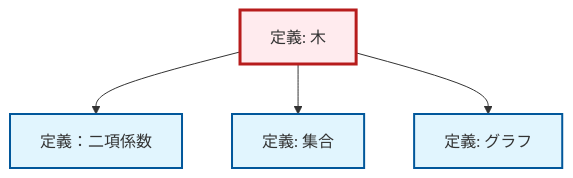
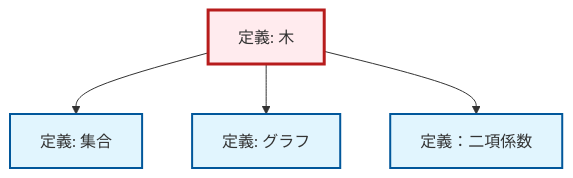
Before and after one commit to RK0429/ModernMath: the diagram in content/ja/combinatorics/def-tree.qmd, drawn with Mermaid. The commit also changed other lines of this file and 328 other files, not shown here.

````diff
--- a/content/ja/combinatorics/def-tree.qmd
+++ b/content/ja/combinatorics/def-tree.qmd
@@ -137,20 +137,20 @@
 ```{mermaid}
 %%| fig-cap: "ローカル依存関係グラフ"
 graph TD
     classDef definition fill:#e1f5fe,stroke:#01579b,stroke-width:2px
     classDef theorem fill:#f3e5f5,stroke:#4a148c,stroke-width:2px
     classDef axiom fill:#fff3e0,stroke:#e65100,stroke-width:2px
     classDef example fill:#e8f5e9,stroke:#1b5e20,stroke-width:2px
     classDef current fill:#ffebee,stroke:#b71c1c,stroke-width:3px
+    def-binomial-coefficient["定義：二項係数"]:::definition
     def-set["定義: 集合"]:::definition
     def-tree["定義: 木"]:::definition
-    def-binomial-coefficient["定義：二項係数"]:::definition
     def-graph["定義: グラフ"]:::definition
-    def-tree --> def-binomial-coefficient
     def-tree --> def-set
     def-tree --> def-graph
+    def-tree --> def-binomial-coefficient
     class def-tree current
+    click def-binomial-coefficient "def-binomial-coefficient.html" "定義：二項係数へ"
     click def-set "def-set.html" "集合の定義へ"
-    click def-binomial-coefficient "def-binomial-coefficient.html" "定義：二項係数へ"
     click def-graph "def-graph.html" "グラフの定義へ"
 ```
````
